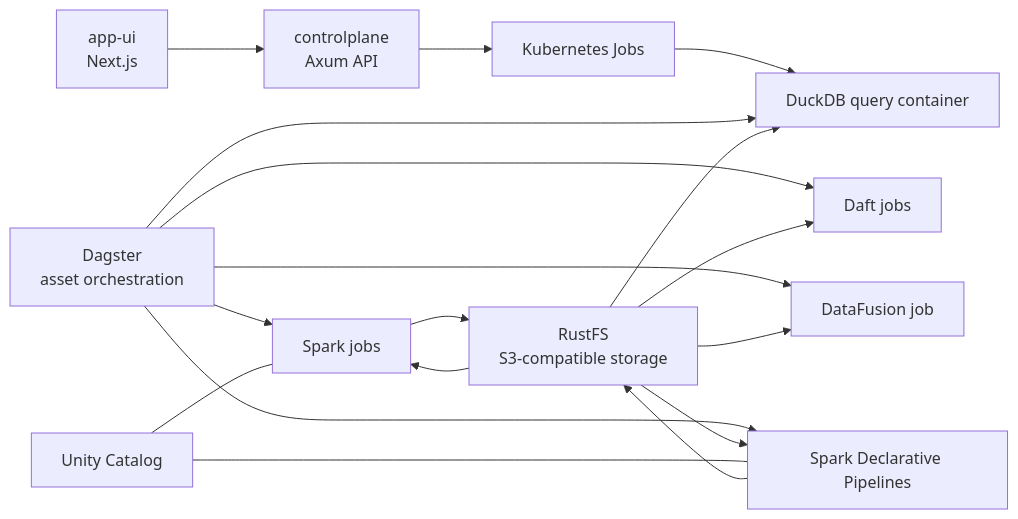
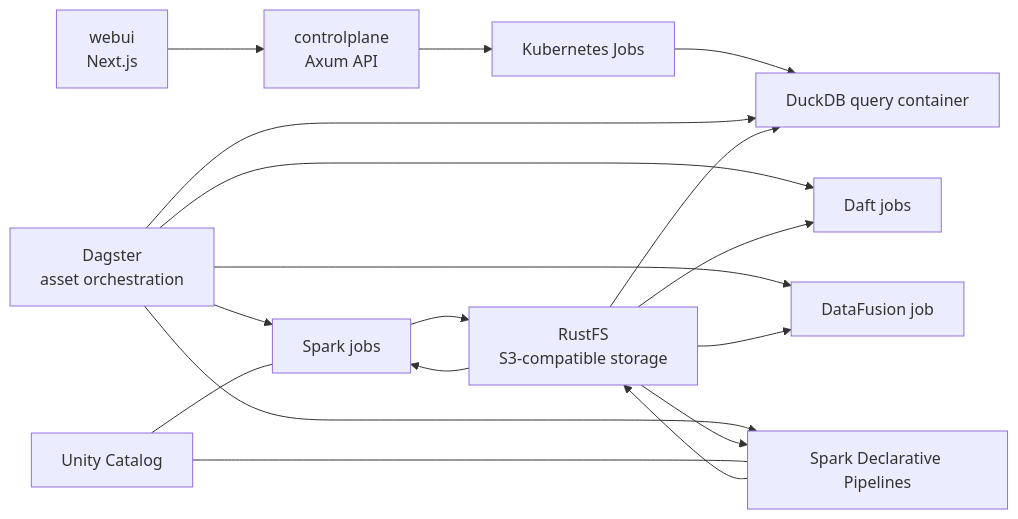
Before and after one commit to linrium/mizumi: the diagram in README.md, drawn with Mermaid. The commit also changed other lines of this file and 154 other files, not shown here.

Commit message:
refactor: rename app-ui to webui

````diff
--- a/README.md
+++ b/README.md
@@ -22,24 +22,24 @@
 ```mermaid
 flowchart LR
-    UI["app-ui<br/>Next.js"] --> API["controlplane<br/>Axum API"]
+    UI["webui<br/>Next.js"] --> API["controlplane<br/>Axum API"]
     API --> K8S["Kubernetes Jobs"]
     K8S --> DDB["DuckDB query container"]
 
     Dagster["Dagster<br/>asset orchestration"] --> SparkJobs["Spark jobs"]
     Dagster --> SDP["Spark Declarative Pipelines"]
     Dagster --> DF["DataFusion job"]
     Dagster --> Daft["Daft jobs"]
     Dagster --> DDB
 
     RustFS["RustFS<br/>S3-compatible storage"] --> SparkJobs
     RustFS --> SDP
     RustFS --> DF
     RustFS --> DDB
     RustFS --> Daft
 
     SparkJobs --> RustFS
     SDP --> RustFS
 
     Unity["Unity Catalog"] --- SDP
     Unity --- SparkJobs
 ```
````
